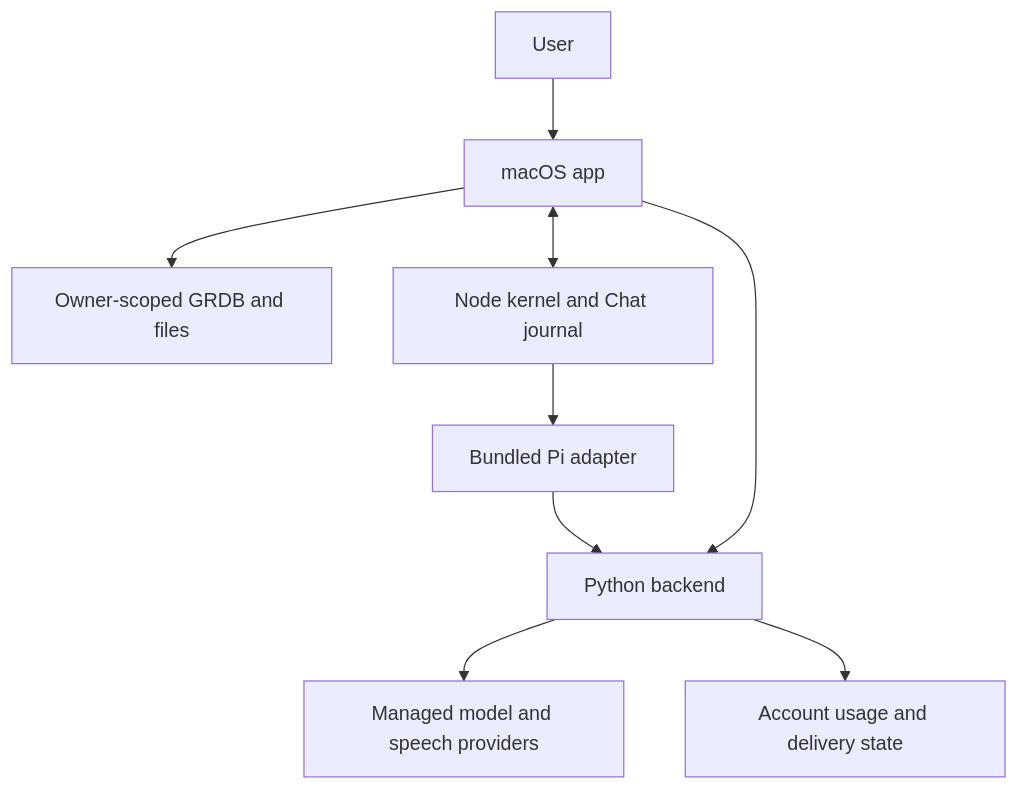
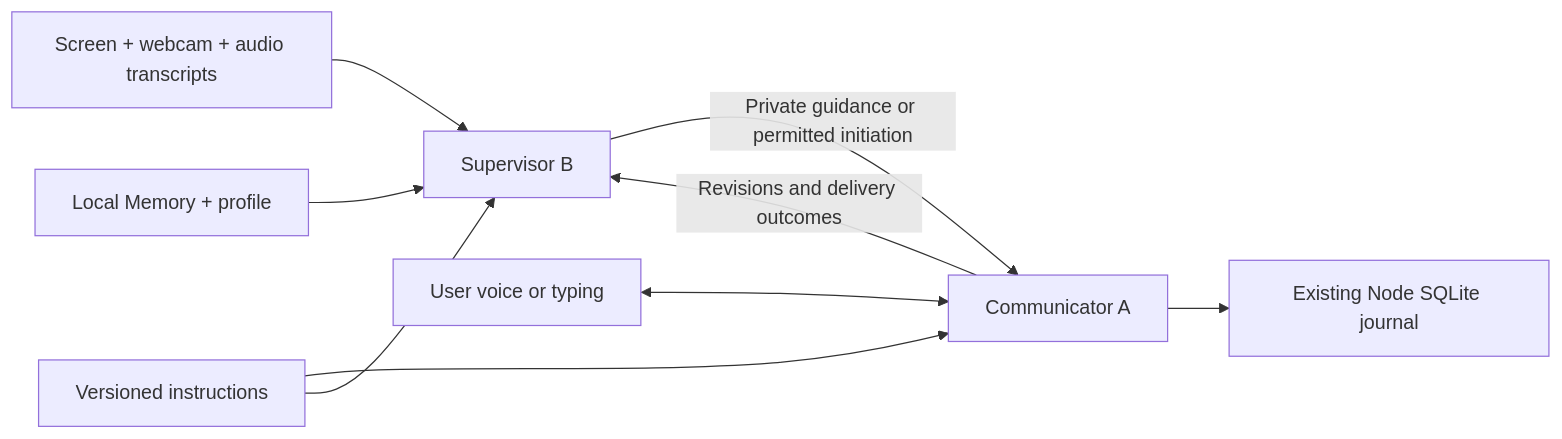
Before and after one commit to sruj75/knowledge-athlete: the diagram in openwiki/codebase/architecture/overview.md, drawn with Mermaid. The commit also changed other lines of this file and 637 other files, not shown here.

````diff
--- a/openwiki/codebase/architecture/overview.md
+++ b/openwiki/codebase/architecture/overview.md
@@ -38,11 +36,11 @@
 ```mermaid
-flowchart TB
-  User[User] --> Mac[macOS app]
-  Mac --> Local[Owner-scoped GRDB and files]
-  Mac <--> Node[Node kernel and Chat journal]
-  Node --> Pi[Bundled Pi adapter]
-  Pi --> API[Python backend]
-  Mac --> API
-  API --> Models[Managed model and speech providers]
-  API --> Control[Account usage and delivery state]
+flowchart LR
+  Inputs[Screen + webcam + audio transcripts] --> B[Supervisor B]
+  Memory[Local Memory + profile] --> B
+  B -->|Private guidance or permitted initiation| A[Communicator A]
+  User[User voice or typing] <--> A
+  A -->|Revisions and delivery outcomes| B
+  A --> Journal[Existing Node SQLite journal]
+  Langfuse[Versioned instructions] --> A
+  Langfuse --> B
 ```
````
